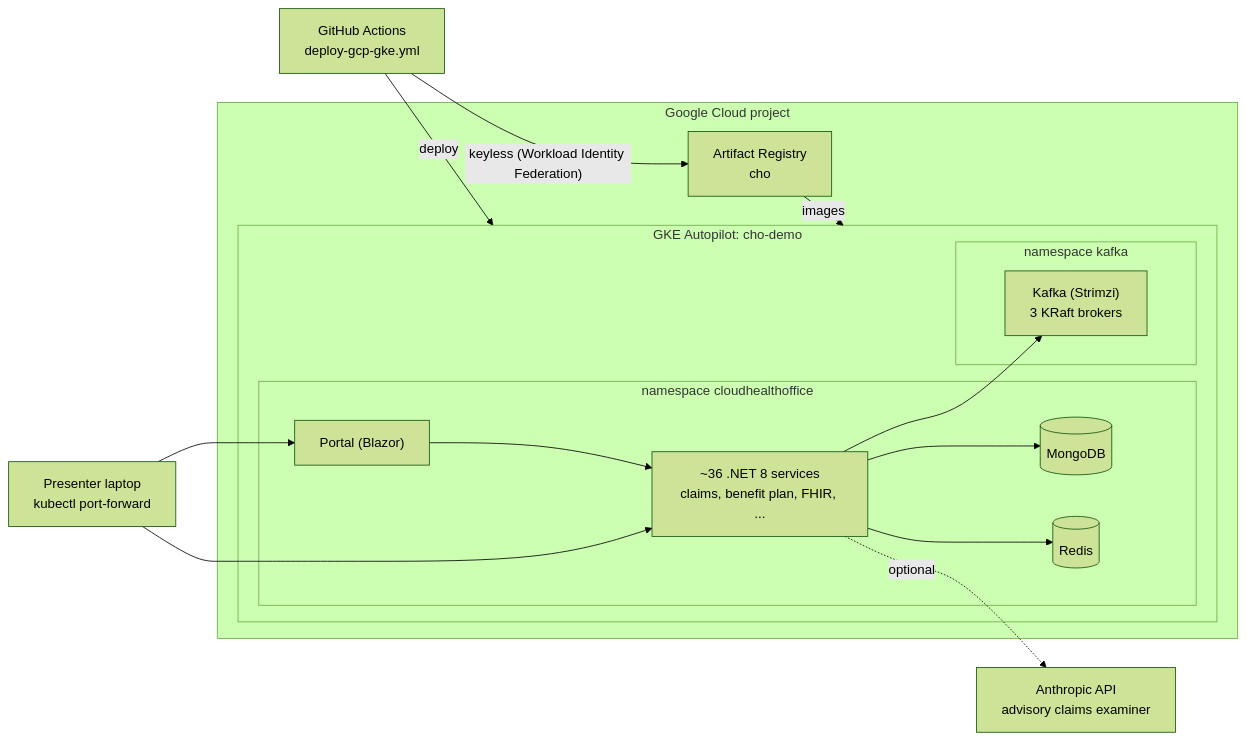
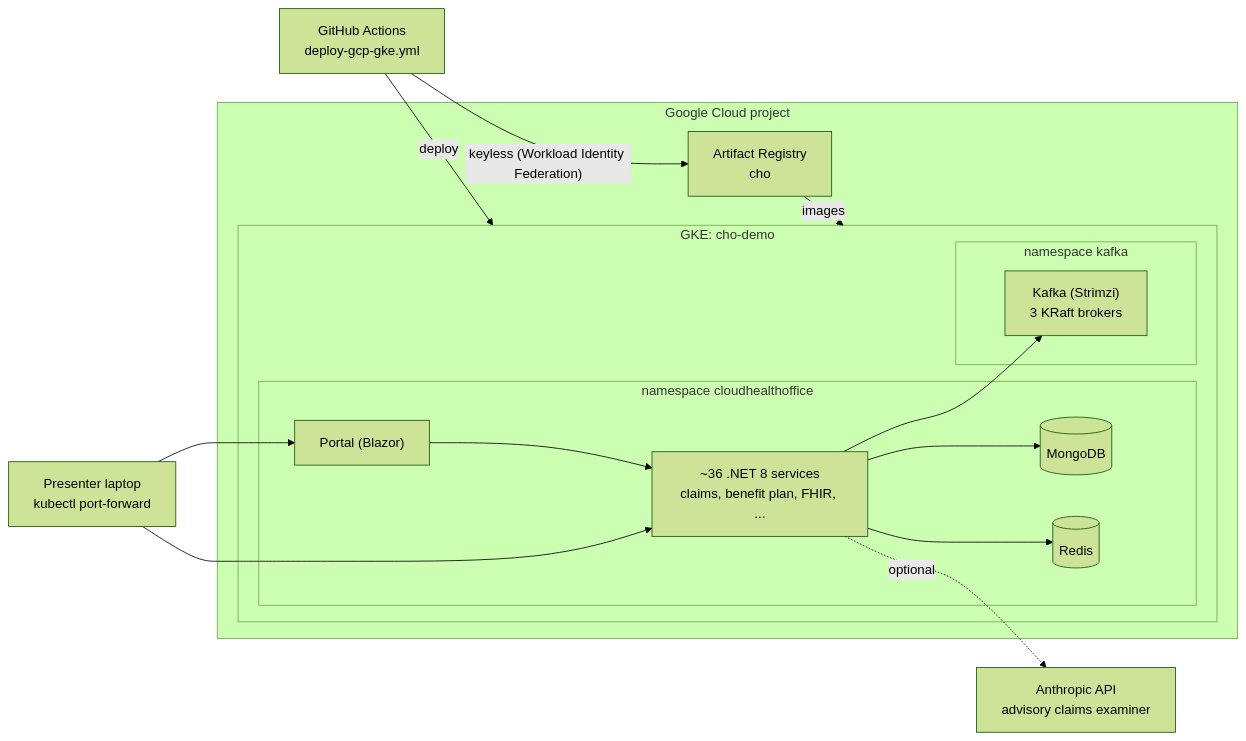
One commit to aurelianware/cloudhealthoffice changed the diagram in docs/deploy/GCP-DEMO.md. Above: the diagram before and after it, drawn with Mermaid (forest theme). The commit also changed other lines of this file and 10 other files, not shown here.

````diff
--- a/docs/deploy/GCP-DEMO.md
+++ b/docs/deploy/GCP-DEMO.md
@@ -9,30 +9,30 @@
 ```mermaid
 flowchart LR
   presenter["Presenter laptop<br/>kubectl port-forward"]
   gha["GitHub Actions<br/>deploy-gcp-gke.yml"]
   subgraph gcp["Google Cloud project"]
     ar["Artifact Registry<br/>cho"]
-    subgraph gke["GKE Autopilot: cho-demo"]
+    subgraph gke["GKE: cho-demo"]
       subgraph ns["namespace cloudhealthoffice"]
         portal["Portal (Blazor)"]
         svc["~36 .NET 8 services<br/>claims, benefit plan, FHIR, ..."]
         mongo[("MongoDB")]
         redis[("Redis")]
       end
       subgraph kns["namespace kafka"]
         kafka["Kafka (Strimzi)<br/>3 KRaft brokers"]
       end
     end
   end
   anthropic["Anthropic API<br/>advisory claims examiner"]
   gha -- "keyless (Workload Identity Federation)" --> ar
   gha -- deploy --> gke
   ar -- images --> gke
   presenter --> portal
   presenter --> svc
   portal --> svc
   svc --> mongo
   svc --> redis
   svc --> kafka
   svc -. "optional" .-> anthropic
 ```
````
